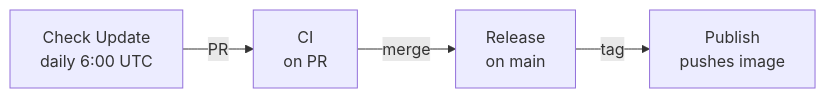
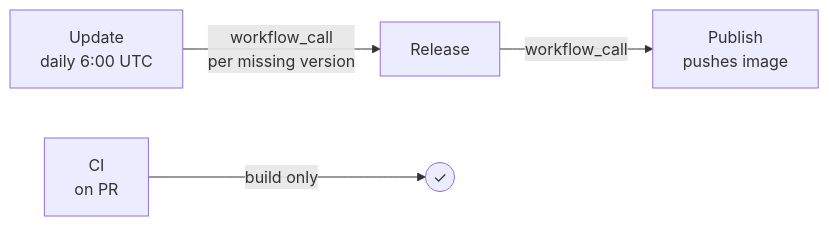
One commit to omniproc/act-buildkit-runner changed the diagram in .github/workflows/README.md. Above: the diagram before and after it, drawn with Mermaid. The commit also changed other lines of this file and 13 other files, not shown here.

````diff
--- a/.github/workflows/README.md
+++ b/.github/workflows/README.md
@@ -12,6 +16,6 @@
 ```mermaid
 graph LR
-    A[Check Update<br/>daily 6:00 UTC] -->|PR| B[CI<br/>on PR]
-    B -->|merge| C[Release<br/>on main]
-    C -->|tag| D[Publish<br/>pushes image]
+    A[Update<br/>daily 6:00 UTC] -->|workflow_call<br/>per missing version| B[Release]
+    B -->|workflow_call| C[Publish<br/>pushes image]
+    D[CI<br/>on PR] -->|build only| E((✓))
 ```
````
